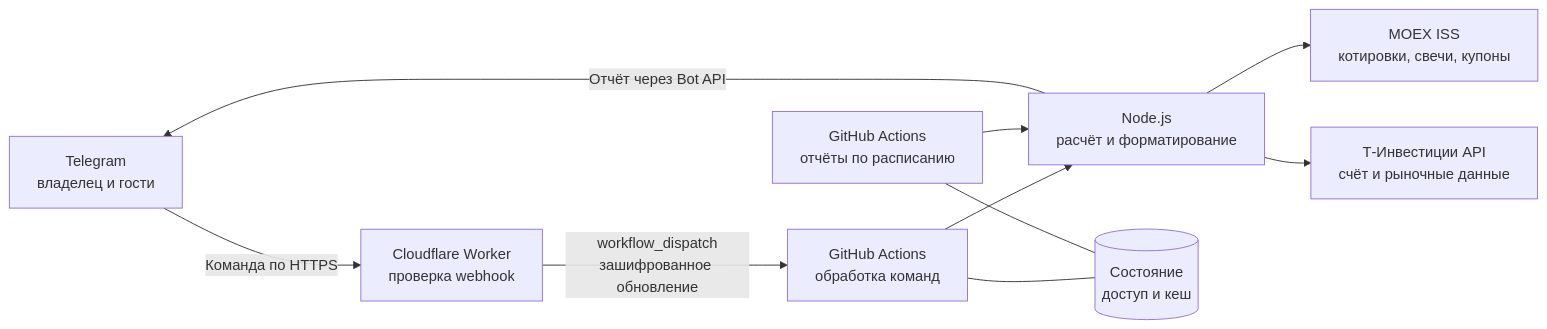
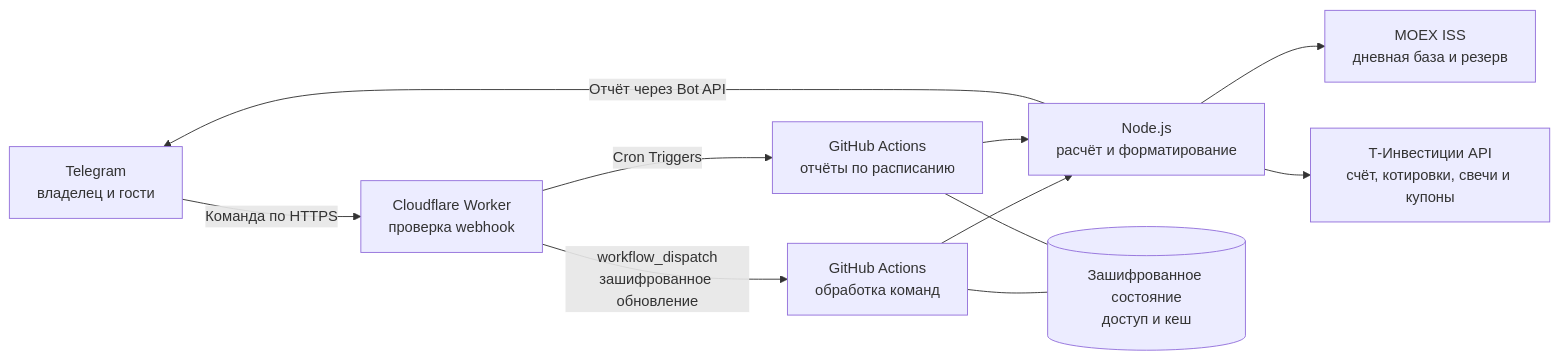
Before and after one commit to kopylovstepan123-art/moex-portfolio-showcase: the diagram in README.md, drawn with Mermaid. The commit also changed other lines of this file and 2 other files, not shown here.

Commit message:
Document current reporting architecture and security controls

````diff
--- a/README.md
+++ b/README.md
@@ -15,20 +17,21 @@
 ```mermaid
 flowchart LR
     TG["Telegram<br/>владелец и гости"]
     CF["Cloudflare Worker<br/>проверка webhook"]
     CMD["GitHub Actions<br/>обработка команд"]
     CRON["GitHub Actions<br/>отчёты по расписанию"]
     APP["Node.js<br/>расчёт и форматирование"]
-    ISS["MOEX ISS<br/>котировки, свечи, купоны"]
-    TB["Т‑Инвестиции API<br/>счёт и рыночные данные"]
-    STATE[("Состояние<br/>доступ и кеш")]
+    ISS["MOEX ISS<br/>дневная база и резерв"]
+    TB["Т‑Инвестиции API<br/>счёт, котировки, свечи и купоны"]
+    STATE[("Зашифрованное состояние<br/>доступ и кеш")]
     TG -->|"Команда по HTTPS"| CF
     CF -->|"workflow_dispatch<br/>зашифрованное обновление"| CMD
+    CF -->|"Cron Triggers"| CRON
     CMD --> APP
     CRON --> APP
     CMD --- STATE
     CRON --- STATE
     APP --> ISS
     APP --> TB
     APP -->|"Отчёт через Bot API"| TG
 ```
````
